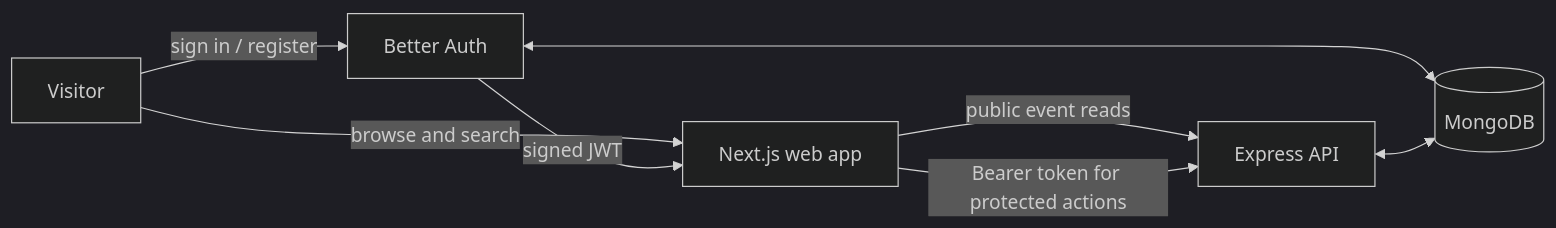
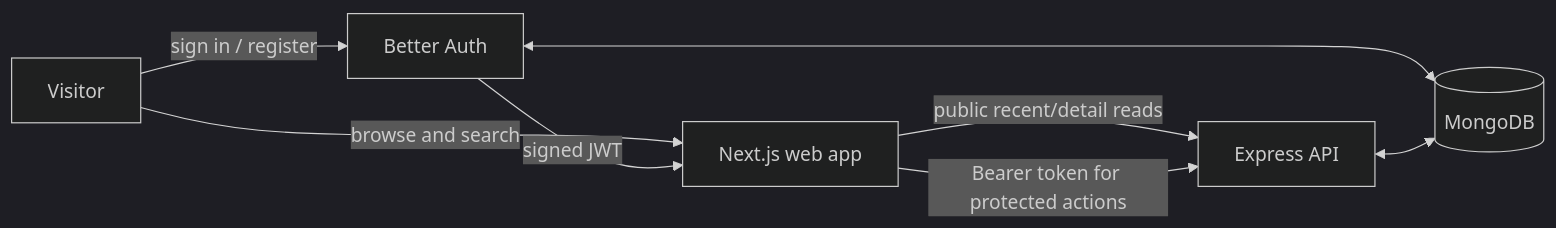
One commit to nnasif78/togetherly-client changed the diagram in README.md. Above: the diagram before and after it, drawn with Mermaid (dark theme). The commit also changed other lines of this file and 3 other files, not shown here.

````diff
--- a/README.md
+++ b/README.md
@@ -46,10 +46,10 @@
 ```mermaid
 flowchart LR
     V[Visitor] -->|browse and search| W[Next.js web app]
     V -->|sign in / register| B[Better Auth]
     B <--> M[(MongoDB)]
-    W -->|public event reads| A[Express API]
+    W -->|public recent/detail reads| A[Express API]
     B -->|signed JWT| W
     W -->|Bearer token for protected actions| A
     A <--> M
 ```
````
